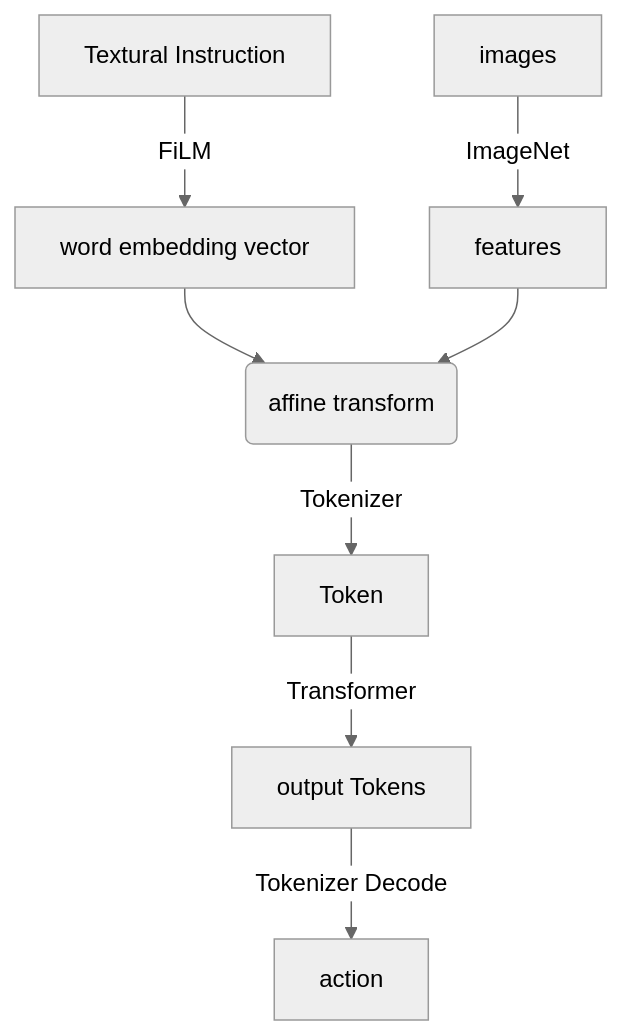
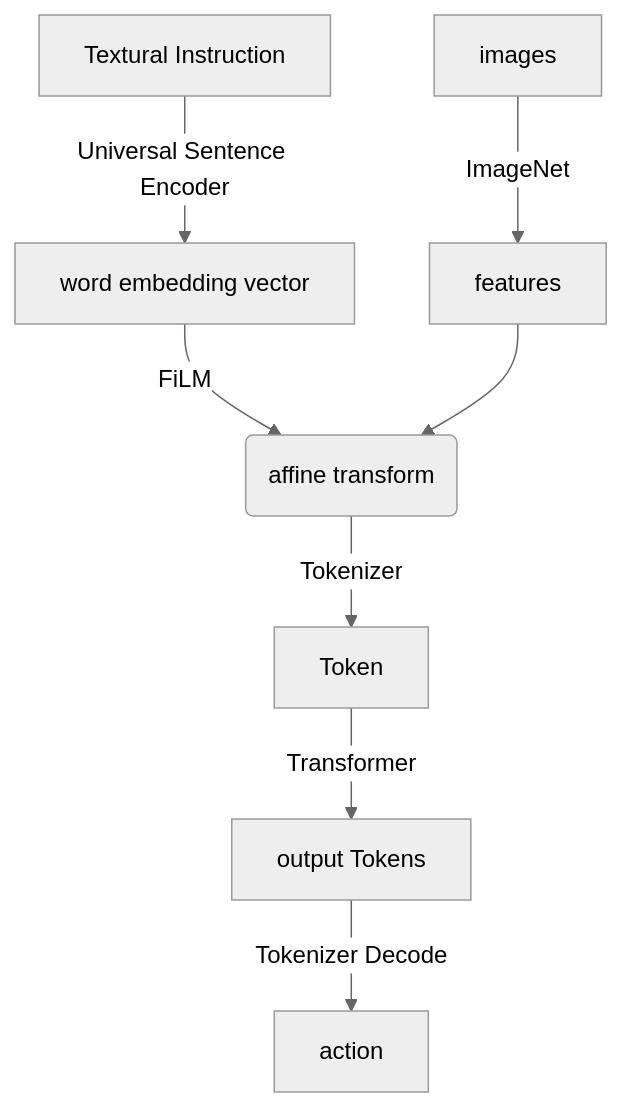
One commit to TropinoneH/knowledge_base changed the diagram in knowledge/paper/RT-1.md. Above: the diagram before and after it, drawn with Mermaid (neutral theme). The commit also changed other lines of this file and 116 other files, not shown here.

````diff
--- a/knowledge/paper/RT-1.md
+++ b/knowledge/paper/RT-1.md
@@ -76,10 +76,10 @@
 ```mermaid
 graph TB
-a[Textural Instruction]-->|FiLM|b[word embedding vector]
+a[Textural Instruction]-->|Universal Sentence Encoder|b[word embedding vector]
 c[images]-->|ImageNet|d[features]
-b-->e(affine transform)
+b-->|FiLM|e(affine transform)
 d-->e
 e-->|Tokenizer|f[Token]
 f-->|Transformer|g[output Tokens]
 g-->|Tokenizer Decode|h[action]
 ```
````
